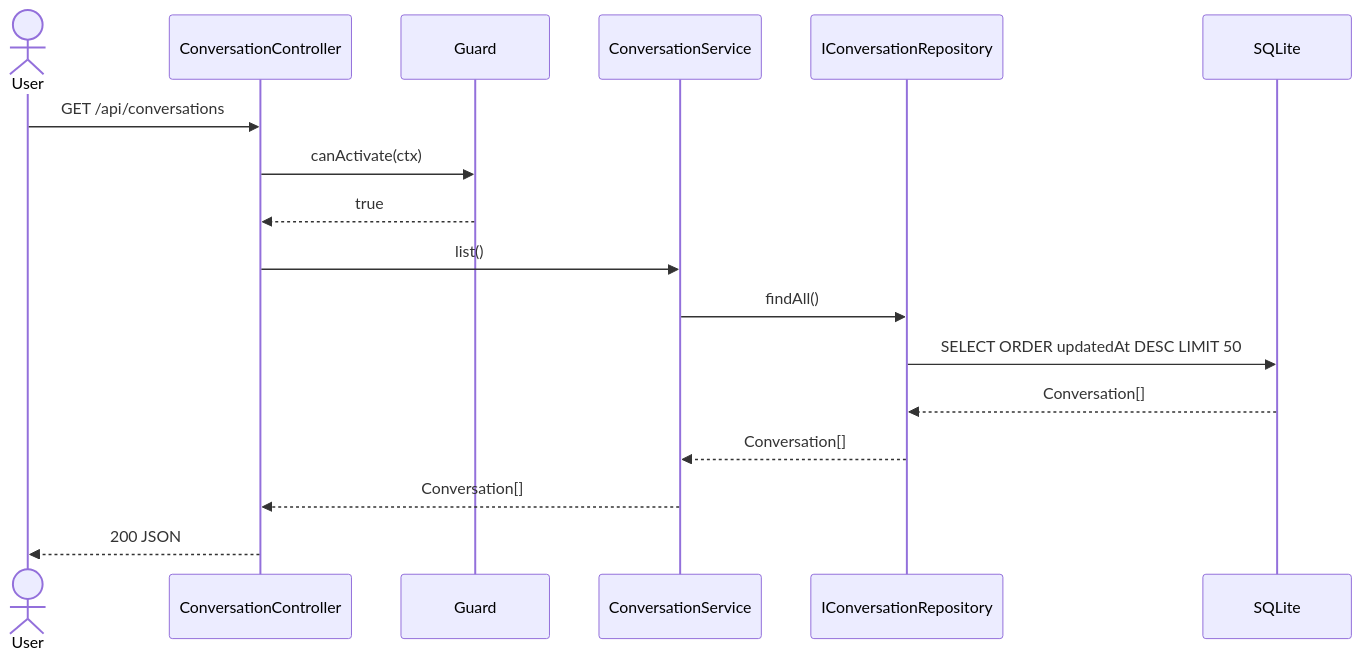
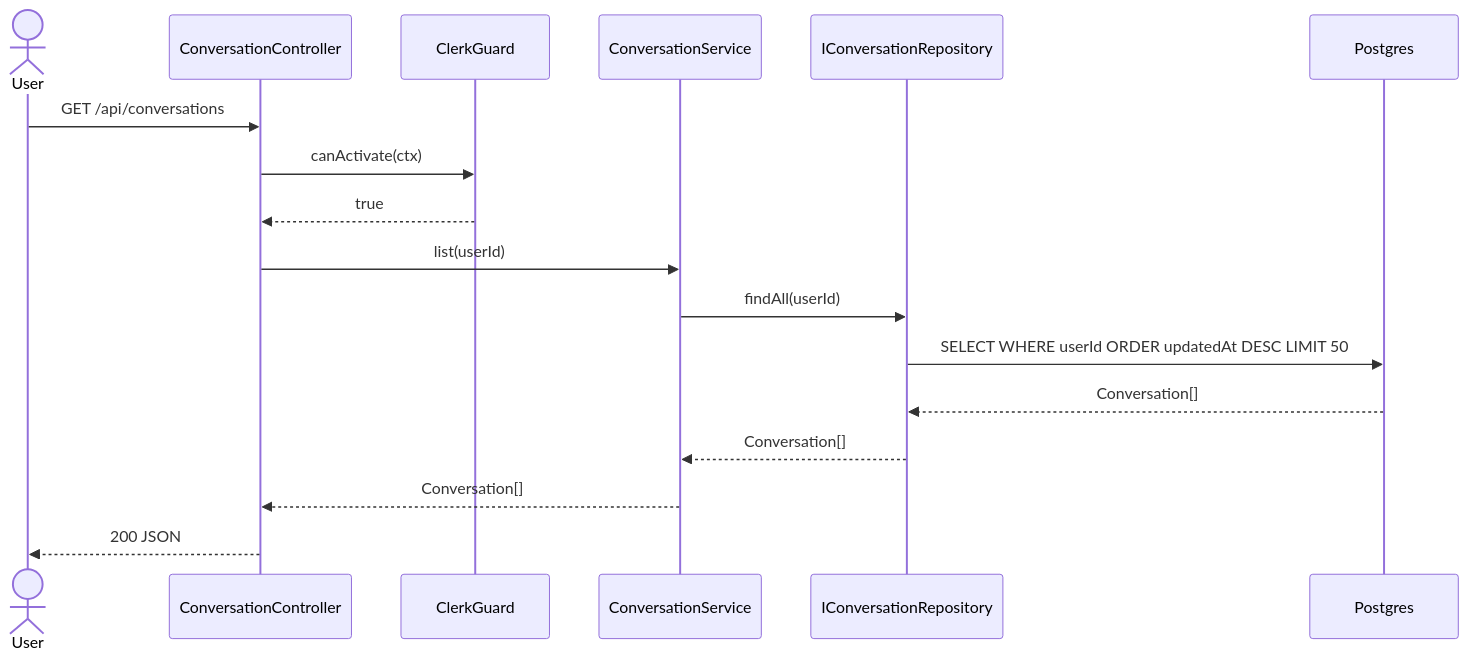
Before and after one commit to Glitch-guy0/chaiGPT: the third of 6 diagrams in _bmad-output/planning-artifacts/03-sequence.md, drawn with Mermaid. The commit also changed other lines of this file and 5 other files, not shown here.

````diff
--- a/_bmad-output/planning-artifacts/03-sequence.md
+++ b/_bmad-output/planning-artifacts/03-sequence.md
@@ -42,20 +67,20 @@
 ```mermaid
 sequenceDiagram
     actor User
     participant C as ConversationController
-    participant G as Guard
+    participant G as ClerkGuard
     participant S as ConversationService
     participant CR as IConversationRepository
-    participant DB as SQLite
+    participant DB as Postgres
 
     User->>C: GET /api/conversations
     C->>G: canActivate(ctx)
     G-->>C: true
-    C->>S: list()
-    S->>CR: findAll()
-    CR->>DB: SELECT ORDER updatedAt DESC LIMIT 50
+    C->>S: list(userId)
+    S->>CR: findAll(userId)
+    CR->>DB: SELECT WHERE userId ORDER updatedAt DESC LIMIT 50
     DB-->>CR: Conversation[]
     CR-->>S: Conversation[]
     S-->>C: Conversation[]
     C-->>User: 200 JSON
 ```
````
